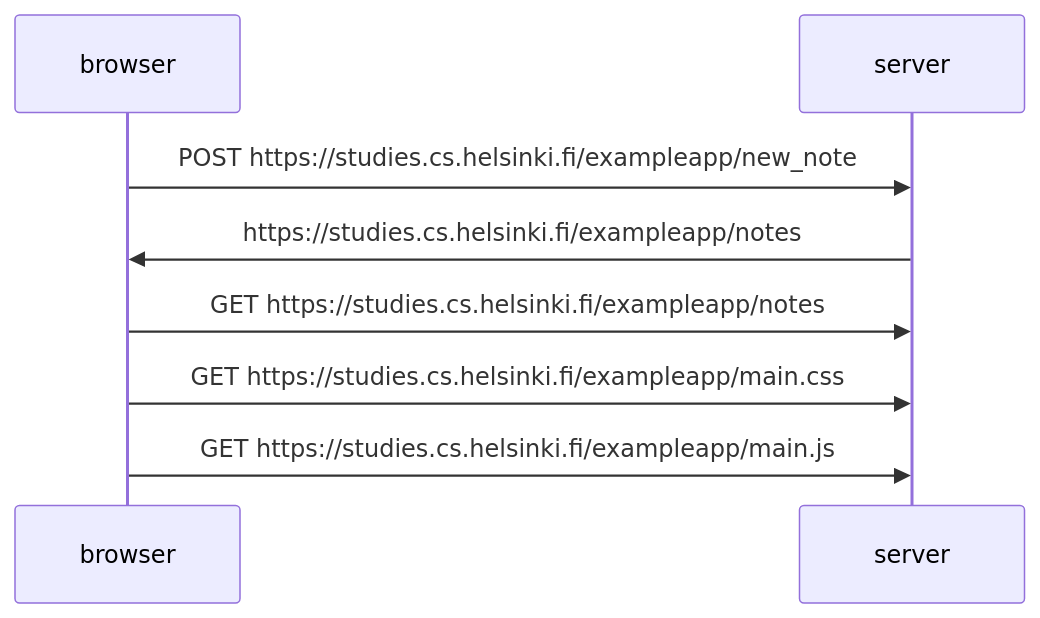
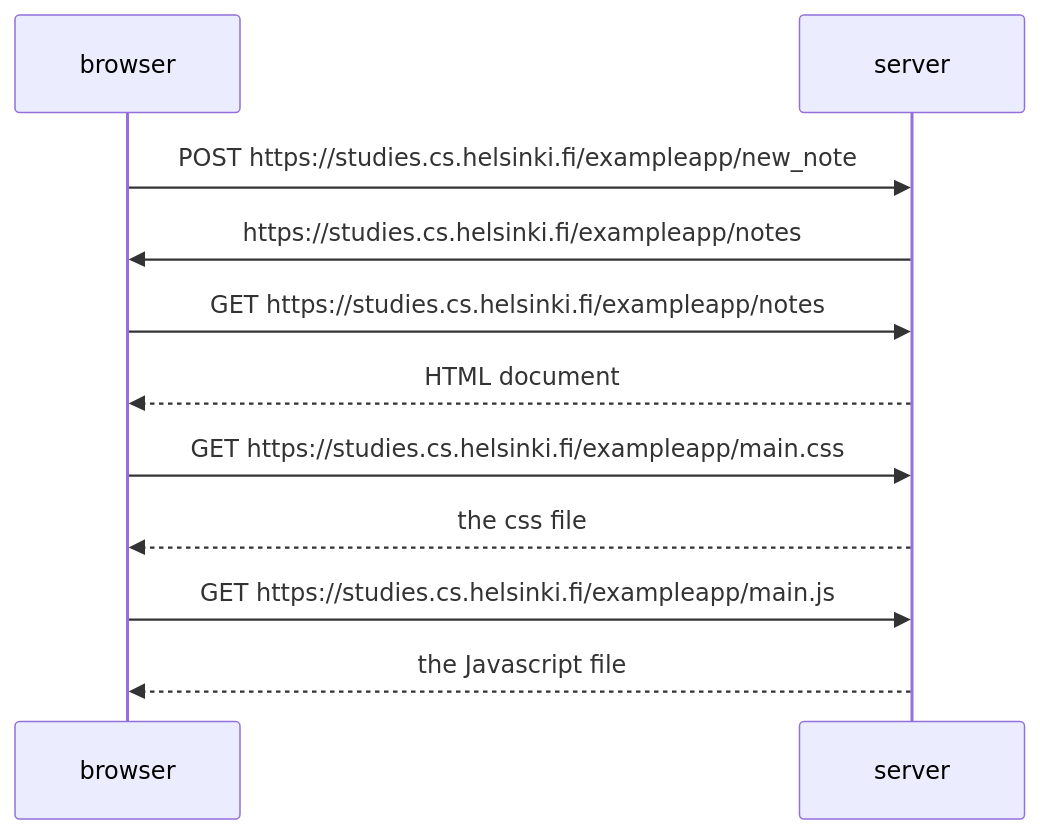
The diagram in New-Note-Diagram.md (oytundd/fullstackopen), drawn with Mermaid before and after one commit.

````diff
--- a/New-Note-Diagram.md
+++ b/New-Note-Diagram.md
@@ -1,10 +1,13 @@
 ```mermaid
   sequenceDiagram
       participant browser
       participant server
       browser->>server: POST https://studies.cs.helsinki.fi/exampleapp/new_note
       server ->>browser : https://studies.cs.helsinki.fi/exampleapp/notes
       browser->>server: GET https://studies.cs.helsinki.fi/exampleapp/notes
+      server-->>browser: HTML document
       browser->>server: GET https://studies.cs.helsinki.fi/exampleapp/main.css
+      server-->>browser: the css file
       browser->>server: GET https://studies.cs.helsinki.fi/exampleapp/main.js
+      server-->>browser: the Javascript file
 ```
````
